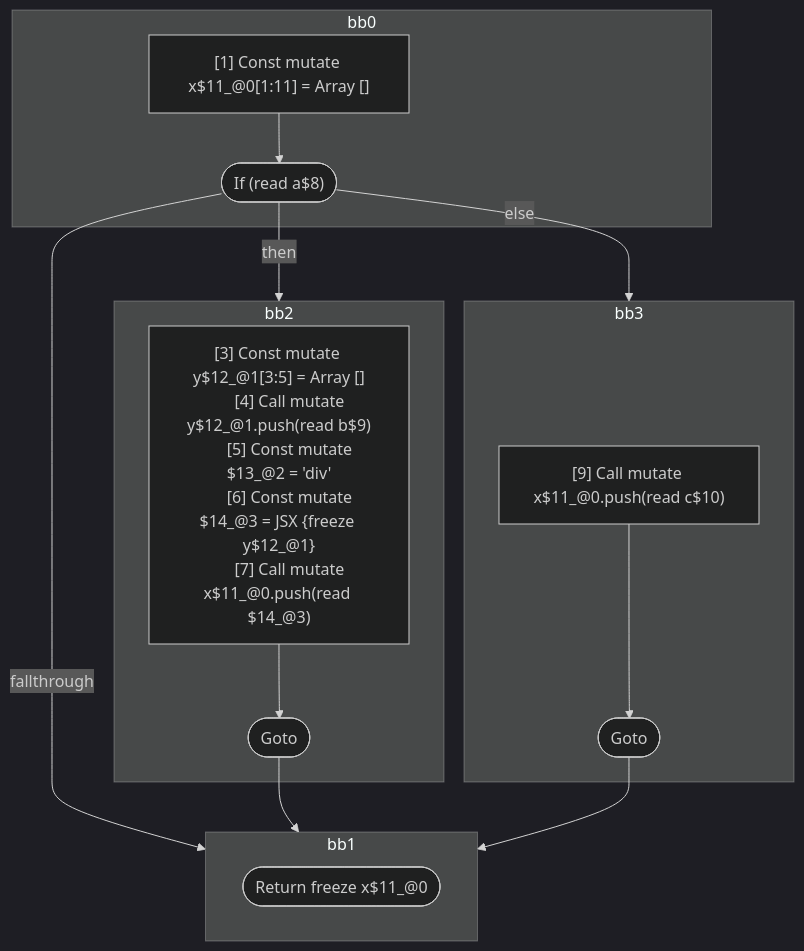
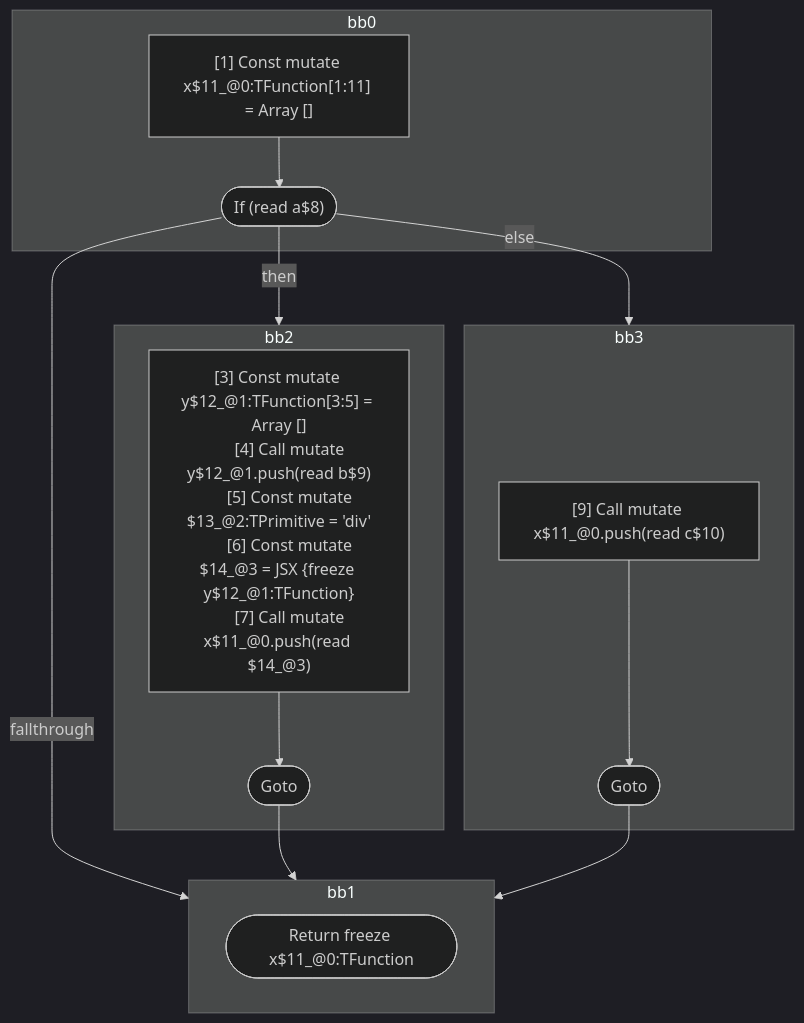
The diagram in compiler/forget/src/__tests__/fixtures/hir/reactive-scopes-if.expect.md (wutsmog/private), drawn with Mermaid (dark theme) before and after one commit. The commit also changed other lines of this file and 112 other files, not shown here.

````diff
--- a/compiler/forget/src/__tests__/fixtures/hir/reactive-scopes-if.expect.md
+++ b/compiler/forget/src/__tests__/fixtures/hir/reactive-scopes-if.expect.md
@@ -81,37 +81,37 @@
 ```mermaid
 flowchart TB
   %% Basic Blocks
   subgraph bb0
     bb0_instrs["
-      [1] Const mutate x$11_@0[1:11] = Array []
+      [1] Const mutate x$11_@0:TFunction[1:11] = Array []
     "]
     bb0_instrs --> bb0_terminal(["If (read a$8)"])
   end
   subgraph bb2
     bb2_instrs["
-      [3] Const mutate y$12_@1[3:5] = Array []
+      [3] Const mutate y$12_@1:TFunction[3:5] = Array []
       [4] Call mutate y$12_@1.push(read b$9)
-      [5] Const mutate $13_@2 = 'div'
-      [6] Const mutate $14_@3 = JSX <read $13_@2>{freeze y$12_@1}</read $13_@2>
+      [5] Const mutate $13_@2:TPrimitive = 'div'
+      [6] Const mutate $14_@3 = JSX <read $13_@2:TPrimitive>{freeze y$12_@1:TFunction}</read $13_@2:TPrimitive>
       [7] Call mutate x$11_@0.push(read $14_@3)
     "]
     bb2_instrs --> bb2_terminal(["Goto"])
   end
   subgraph bb3
     bb3_instrs["
       [9] Call mutate x$11_@0.push(read c$10)
     "]
     bb3_instrs --> bb3_terminal(["Goto"])
   end
   subgraph bb1
-    bb1_terminal(["Return freeze x$11_@0"])
+    bb1_terminal(["Return freeze x$11_@0:TFunction"])
   end
 
   %% Jumps
   bb0_terminal -- "then" --> bb2
   bb0_terminal -- "else" --> bb3
   bb0_terminal -- "fallthrough" --> bb1
   bb2_terminal --> bb1
   bb3_terminal --> bb1
 
 ```
````
